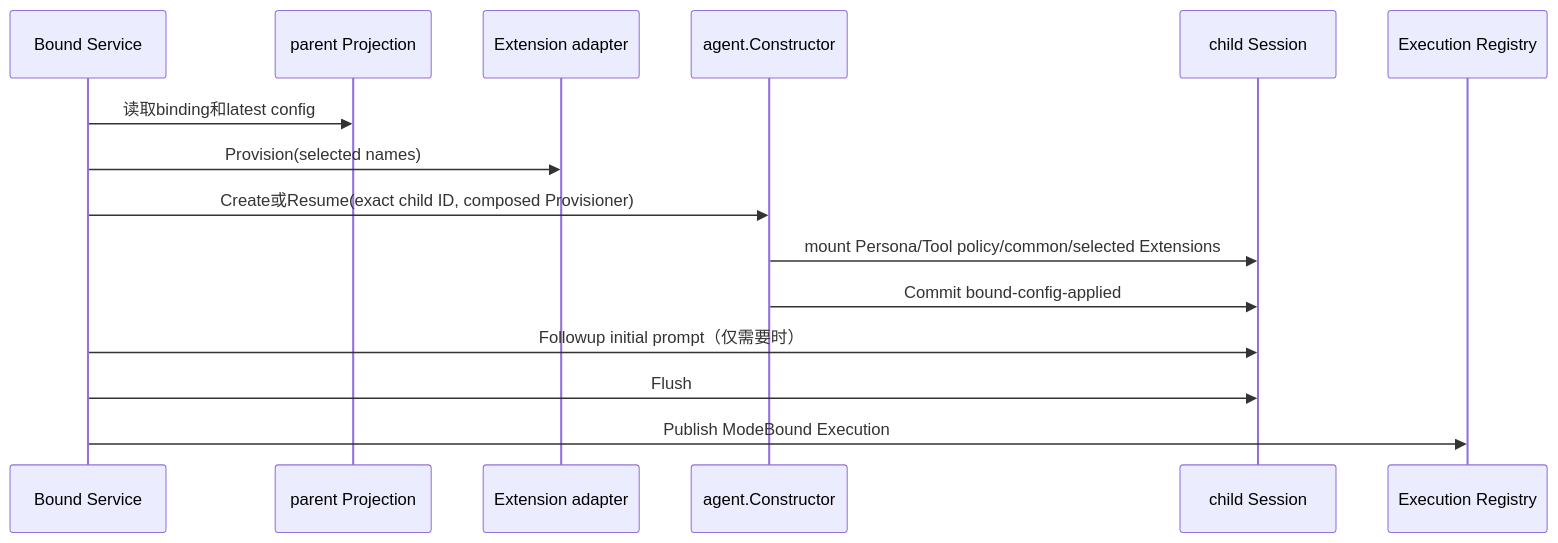
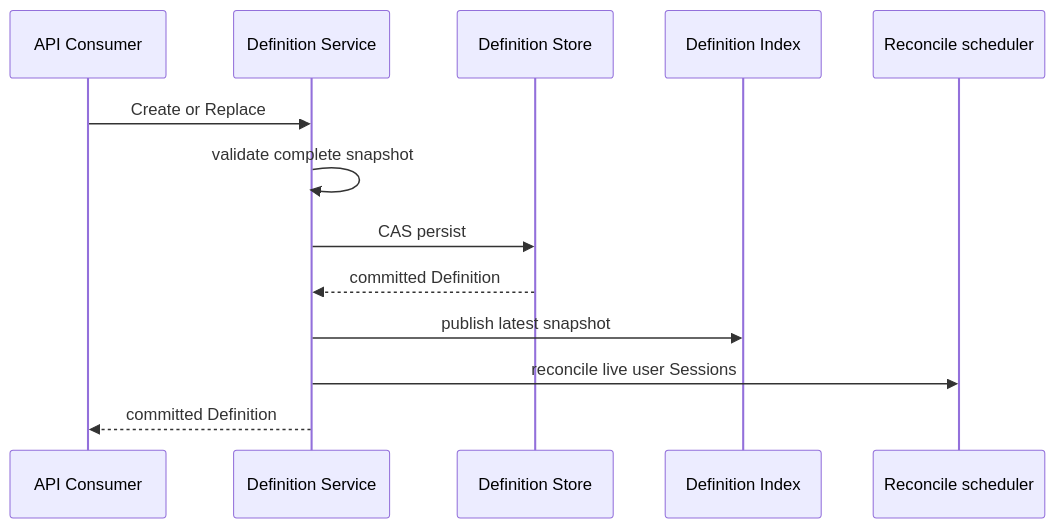
The diagram in subagent/docs/bound-config-management.zh-CN.md (gorenx/goren), drawn with Mermaid before and after one commit. The commit also changed other lines of this file and 7 other files, not shown here.

````diff
--- a/subagent/docs/bound-config-management.zh-CN.md
+++ b/subagent/docs/bound-config-management.zh-CN.md
@@ -138,18 +90,16 @@
 ```mermaid
 sequenceDiagram
-    participant B as Bound Service
-    participant P as parent Projection
-    participant X as Extension adapter
-    participant A as agent.Constructor
-    participant C as child Session
-    participant R as Execution Registry
+    participant C as API Consumer
+    participant D as Definition Service
+    participant S as Definition Store
+    participant I as Definition Index
+    participant R as Reconcile scheduler
 
-    B->>P: 读取binding和latest config
-    B->>X: Provision(selected names)
-    B->>A: Create或Resume(exact child ID, composed Provisioner)
-    A->>C: mount Persona/Tool policy/common/selected Extensions
-    A->>C: Commit bound-config-applied
-    B->>C: Followup initial prompt（仅需要时）
-    B->>C: Flush
-    B->>R: Publish ModeBound Execution
+    C->>D: Create or Replace
+    D->>D: validate complete snapshot
+    D->>S: CAS persist
+    S-->>D: committed Definition
+    D->>I: publish latest snapshot
+    D->>R: reconcile live user Sessions
+    D-->>C: committed Definition
 ```
````
